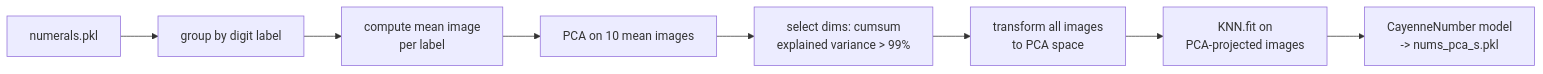
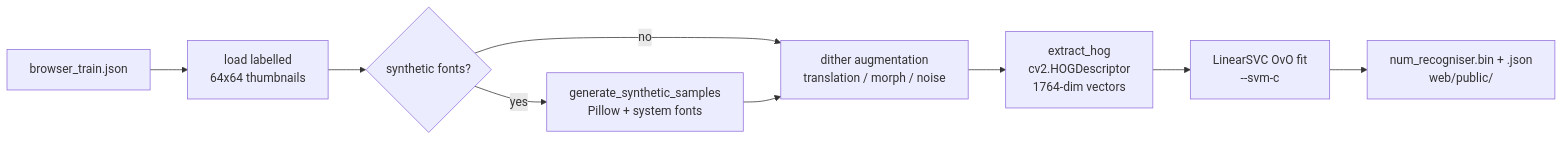
The tenth of 10 diagrams in docs/image-pipeline.md (gbarrett28/cagedoku), drawn with Mermaid before and after one commit. The commit also changed other lines of this file and 4 other files, not shown here.

First line of the commit message:
docs: update digit recogniser docs; delete obsolete superpowers specs

````diff
--- a/docs/image-pipeline.md
+++ b/docs/image-pipeline.md
@@ -410,10 +411,11 @@
 ```mermaid
 flowchart LR
-    A[numerals.pkl] --> B[group by digit label]
-    B --> C[compute mean image\nper label]
-    C --> D[PCA on 10 mean images]
-    D --> E[select dims: cumsum\nexplained variance > 99%]
-    E --> F[transform all images\nto PCA space]
-    F --> G[KNN.fit on\nPCA-projected images]
-    G --> H[CayenneNumber model\n-> nums_pca_s.pkl]
+    A[browser_train.json] --> B[load labelled\n64x64 thumbnails]
+    B --> C{synthetic fonts?}
+    C -- yes --> D[generate_synthetic_samples\nPillow + system fonts]
+    C -- no --> E[dither augmentation\ntranslation / morph / noise]
+    D --> E
+    E --> F[extract_hog\ncv2.HOGDescriptor\n1764-dim vectors]
+    F --> G[LinearSVC OvO fit\n--svm-c]
+    G --> H[num_recogniser.bin + .json\nweb/public/]
 ```
````
